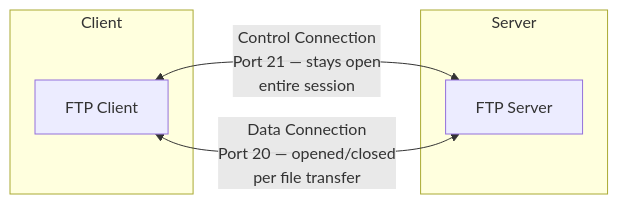
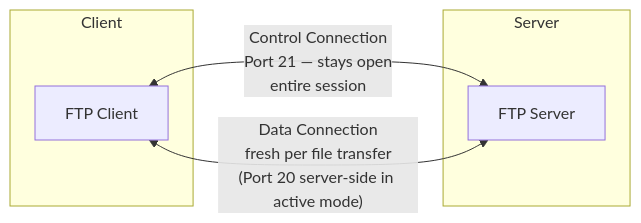
One commit to neerajaj96/Tarangam-app-v2 changed the first of 2 diagrams in content/PCCST501/m1_05_file_transfer_protocol_ftp.md. Above: the diagram before and after it, drawn with Mermaid. The commit also changed other lines of this file and 279 other files, not shown here.

````diff
--- a/content/PCCST501/m1_05_file_transfer_protocol_ftp.md
+++ b/content/PCCST501/m1_05_file_transfer_protocol_ftp.md
@@ -47,11 +66,11 @@
 ```mermaid
 flowchart LR
     subgraph Client
         C[FTP Client]
     end
     subgraph Server
         S[FTP Server]
     end
     C <-->|"Control Connection<br/>Port 21 — stays open<br/>entire session"| S
-    C <-->|"Data Connection<br/>Port 20 — opened/closed<br/>per file transfer"| S
+    C <-->|"Data Connection<br/>fresh per file transfer<br/>(Port 20 server-side in active mode)"| S
 ```
````
